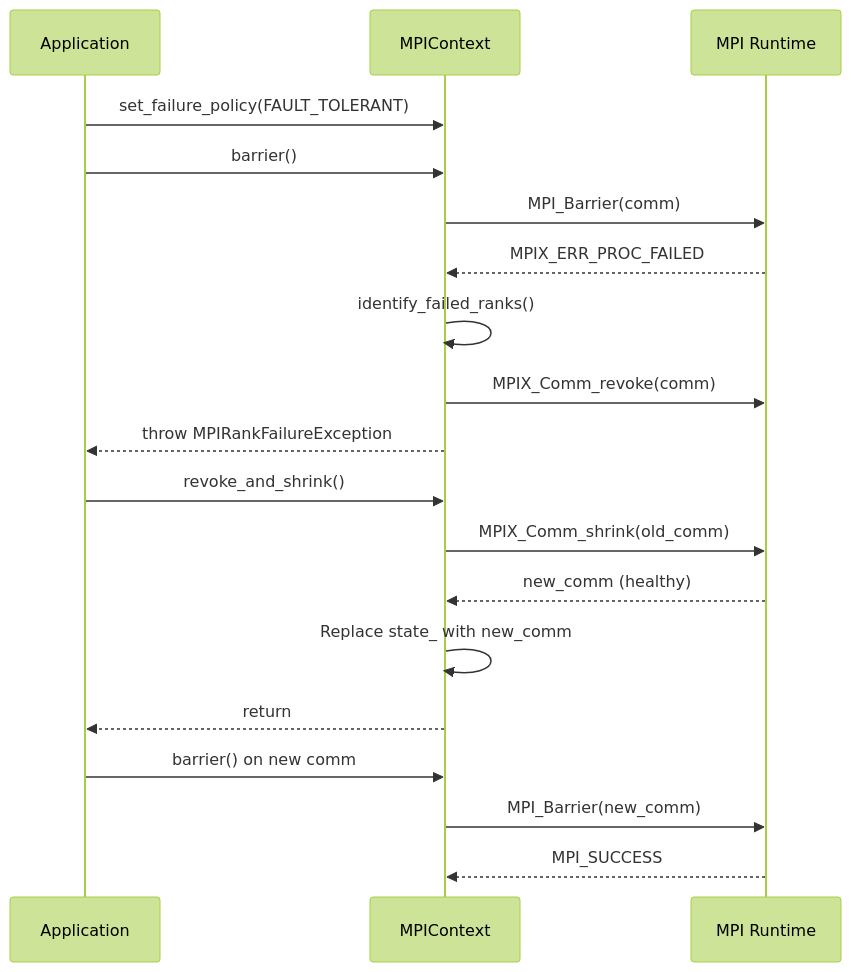
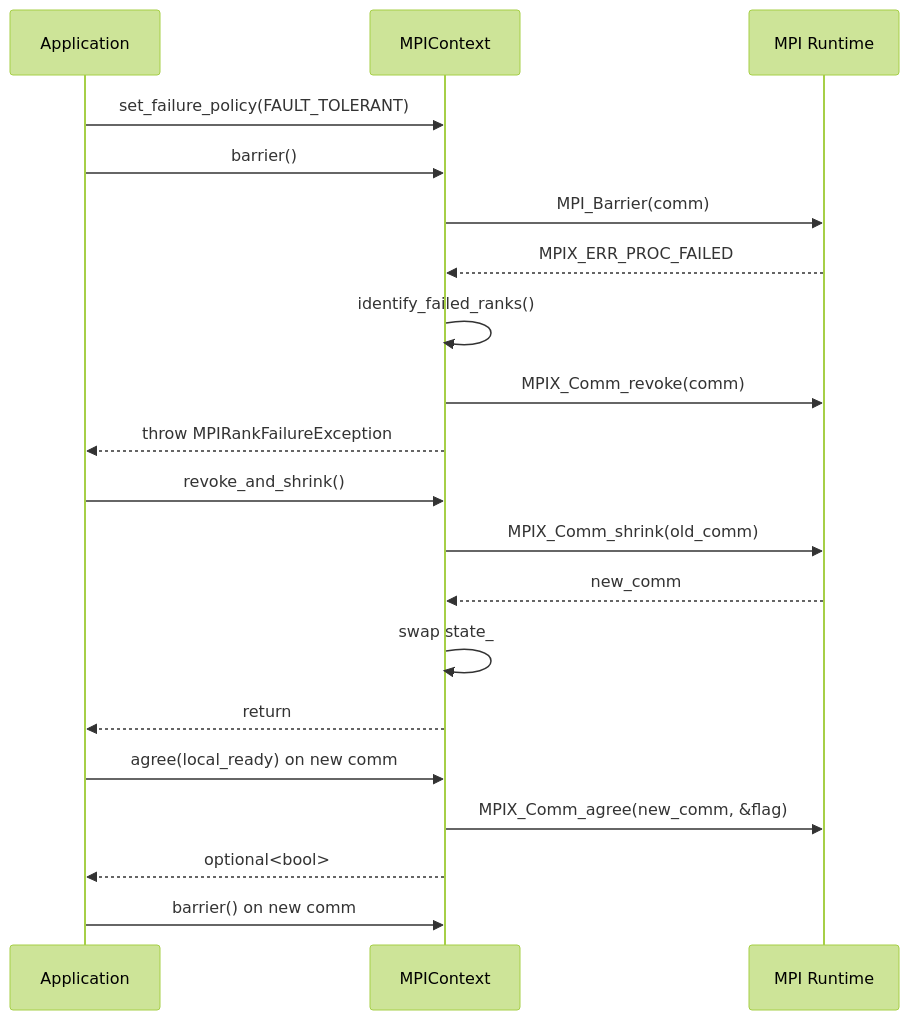
The second of 2 diagrams in ttnn/ttnn/distributed/ULFM.md (tenstorrent/tt-metal), drawn with Mermaid (forest theme) before and after one commit. The commit also changed other lines of this file, not shown here.

````diff
--- a/ttnn/ttnn/distributed/ULFM.md
+++ b/ttnn/ttnn/distributed/ULFM.md
@@ -165,22 +227,23 @@
 ```mermaid
 sequenceDiagram
     participant App as Application
     participant Ctx as MPIContext
     participant MPI as MPI Runtime
 
     App->>Ctx: set_failure_policy(FAULT_TOLERANT)
     App->>Ctx: barrier()
     Ctx->>MPI: MPI_Barrier(comm)
     MPI-->>Ctx: MPIX_ERR_PROC_FAILED
     Ctx->>Ctx: identify_failed_ranks()
     Ctx->>MPI: MPIX_Comm_revoke(comm)
     Ctx-->>App: throw MPIRankFailureException
     App->>Ctx: revoke_and_shrink()
     Ctx->>MPI: MPIX_Comm_shrink(old_comm)
-    MPI-->>Ctx: new_comm (healthy)
-    Ctx->>Ctx: Replace state_ with new_comm
+    MPI-->>Ctx: new_comm
+    Ctx->>Ctx: swap state_
     Ctx-->>App: return
+    App->>Ctx: agree(local_ready) on new comm
+    Ctx->>MPI: MPIX_Comm_agree(new_comm, &flag)
+    Ctx-->>App: optional<bool>
     App->>Ctx: barrier() on new comm
-    Ctx->>MPI: MPI_Barrier(new_comm)
-    MPI-->>Ctx: MPI_SUCCESS
 ```
````
